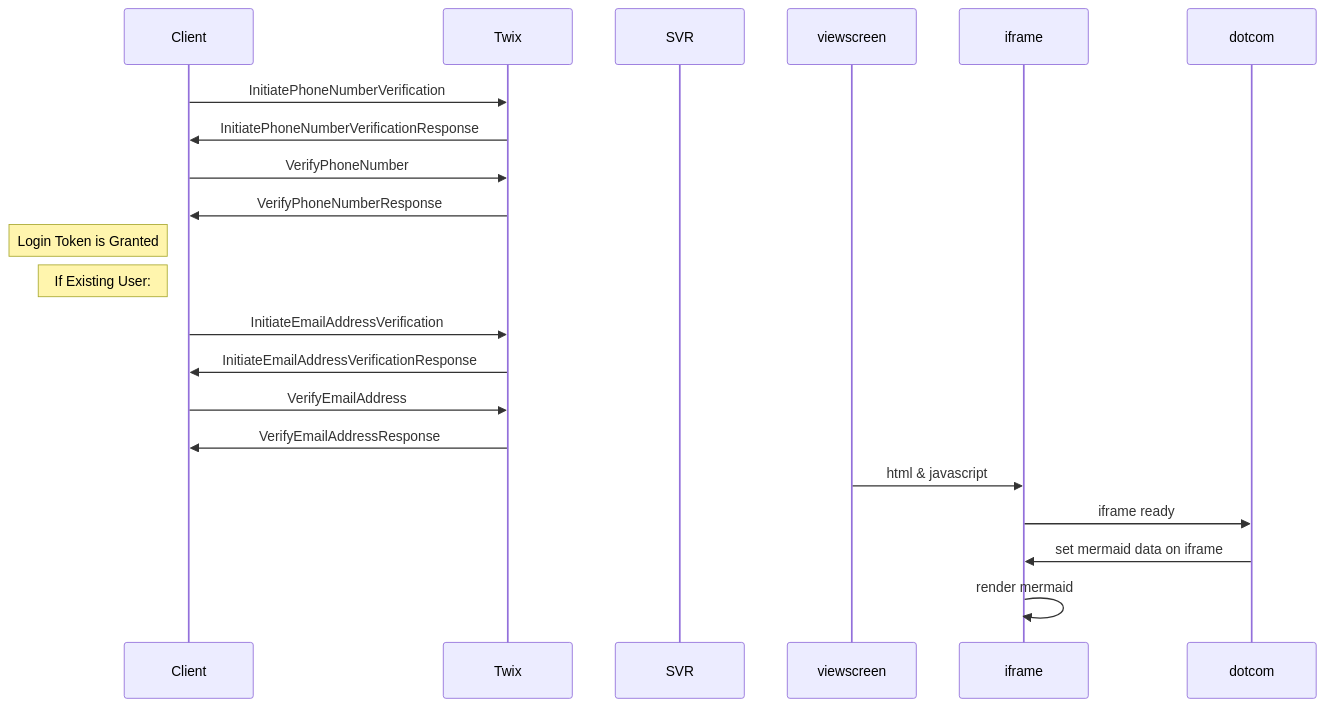
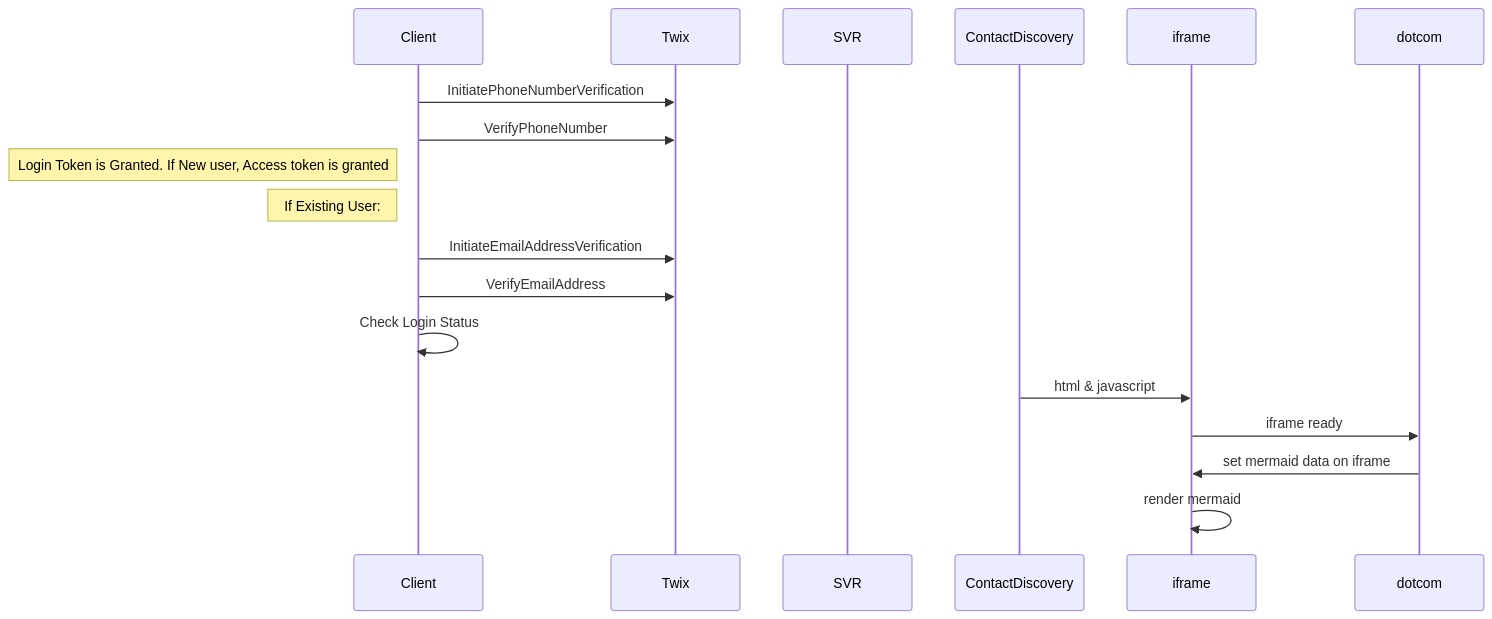
Before and after one commit to trunkafunk/trunkafunk: the diagram in testfile.MD, drawn with Mermaid.

````diff
--- a/testfile.MD
+++ b/testfile.MD
@@ -4,25 +4,20 @@
 ```mermaid
 sequenceDiagram
     participant Client
     participant Twix
     participant SVR
     Client->>Twix: InitiatePhoneNumberVerification 
-    Twix->>Client: InitiatePhoneNumberVerificationResponse
     Client->>Twix: VerifyPhoneNumber
-    Twix->>Client: VerifyPhoneNumberResponse
-    Note left of Client: Login Token is Granted
-
+    Note left of Client: Login Token is Granted. If New user, Access token is granted
     Note left of Client: If Existing User:
     Client->>Twix: InitiateEmailAddressVerification
-    Twix->>Client: InitiateEmailAddressVerificationResponse
     Client->>Twix: VerifyEmailAddress
-    Twix->>Client: VerifyEmailAddressResponse
-
+    Client->>Client: Check Login Status
     
     
     
-    viewscreen->>iframe: html & javascript
+    ContactDiscovery->>iframe: html & javascript
     iframe->>dotcom: iframe ready
     dotcom->>iframe: set mermaid data on iframe
     iframe->>iframe: render mermaid
 ```
````
